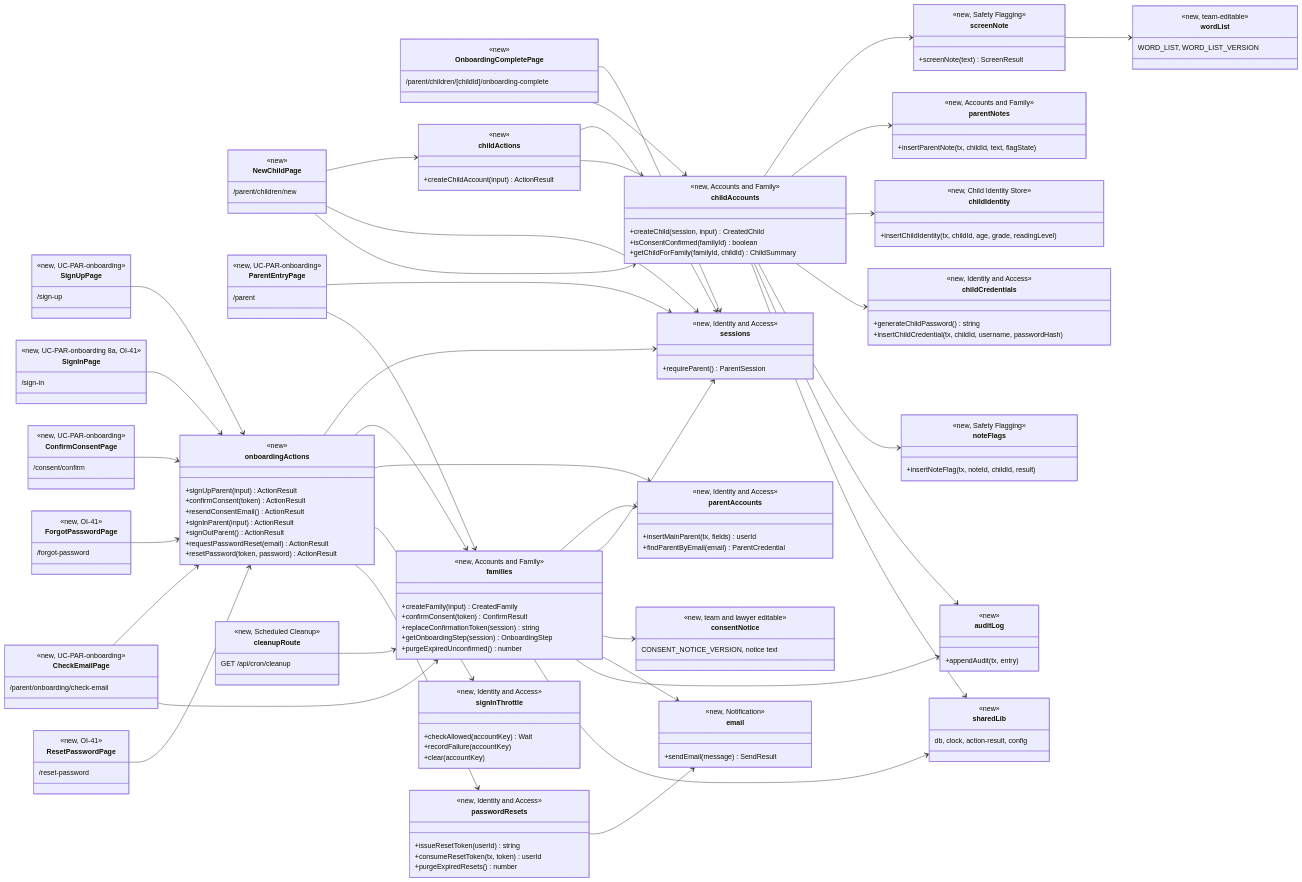
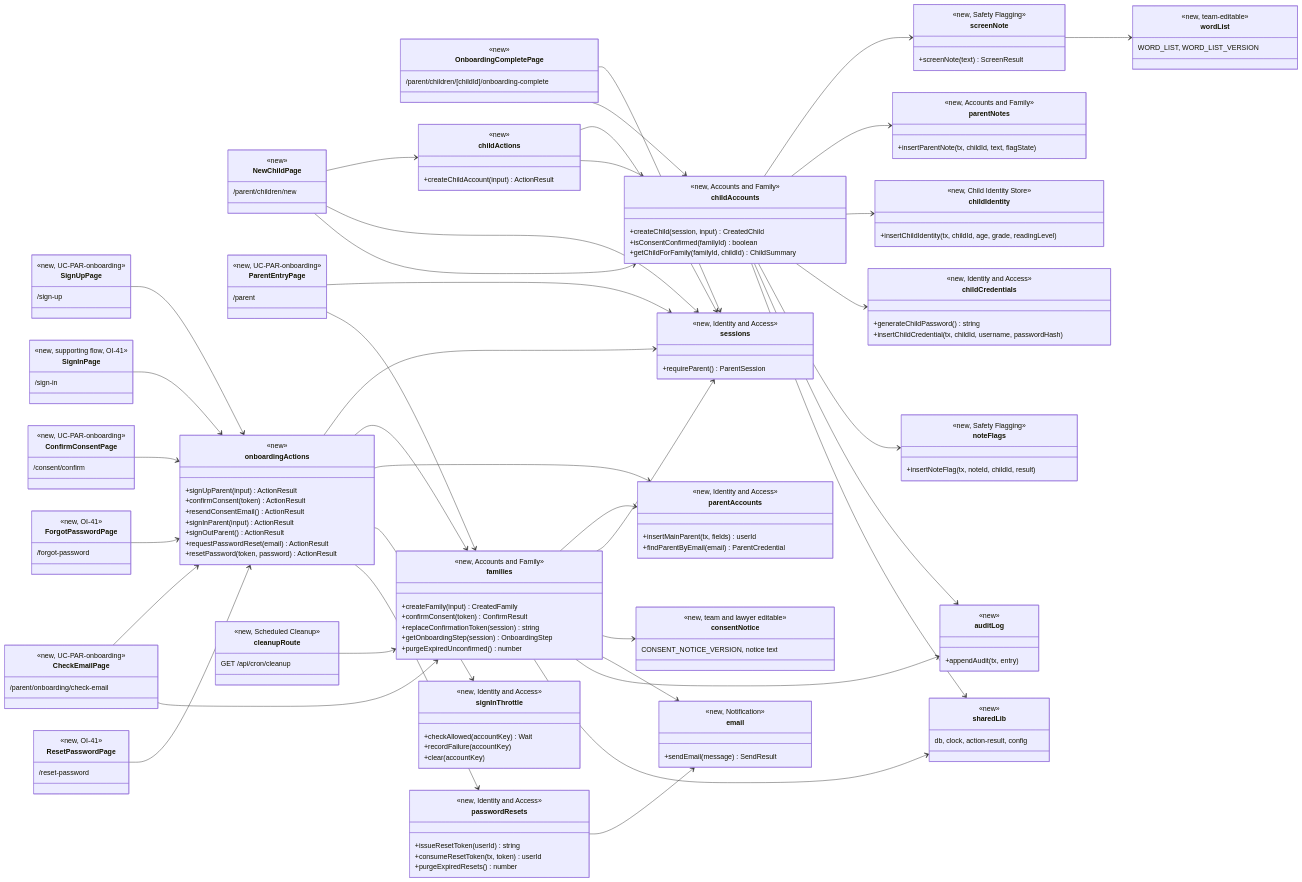
Before and after one commit to videogames21/book_buddies: the first of 10 diagrams in design/par.md, drawn with Mermaid. The commit also changed other lines of this file and 2 other files, not shown here.

First line of the commit message:
Separate sign-in and reset from UC-PAR-onboarding in the design

```diff
--- a/design/par.md
+++ b/design/par.md
@@ -114,7 +114,7 @@
         /sign-up
     }
     class SignInPage {
-        <<new, UC-PAR-onboarding 8a, OI-41>>
+        <<new, supporting flow, OI-41>>
         /sign-in
     }
     class ConfirmConsentPage {
```
